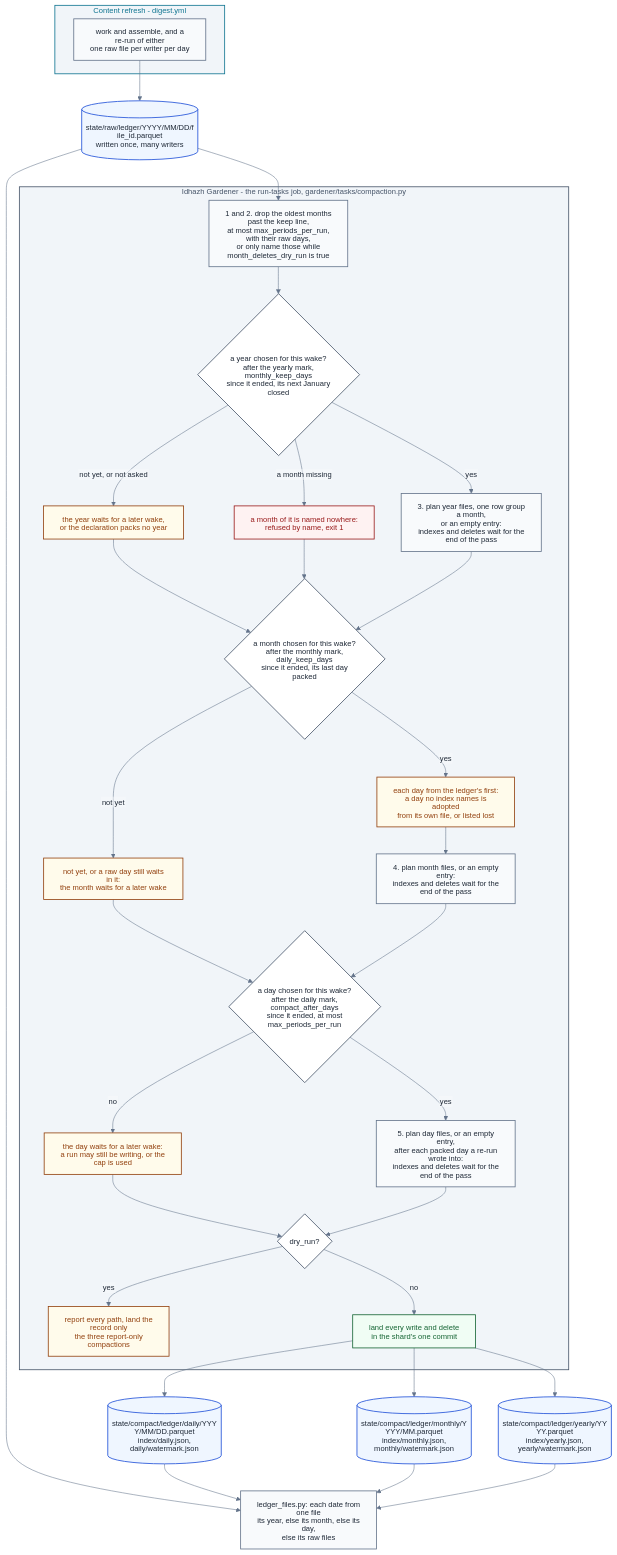
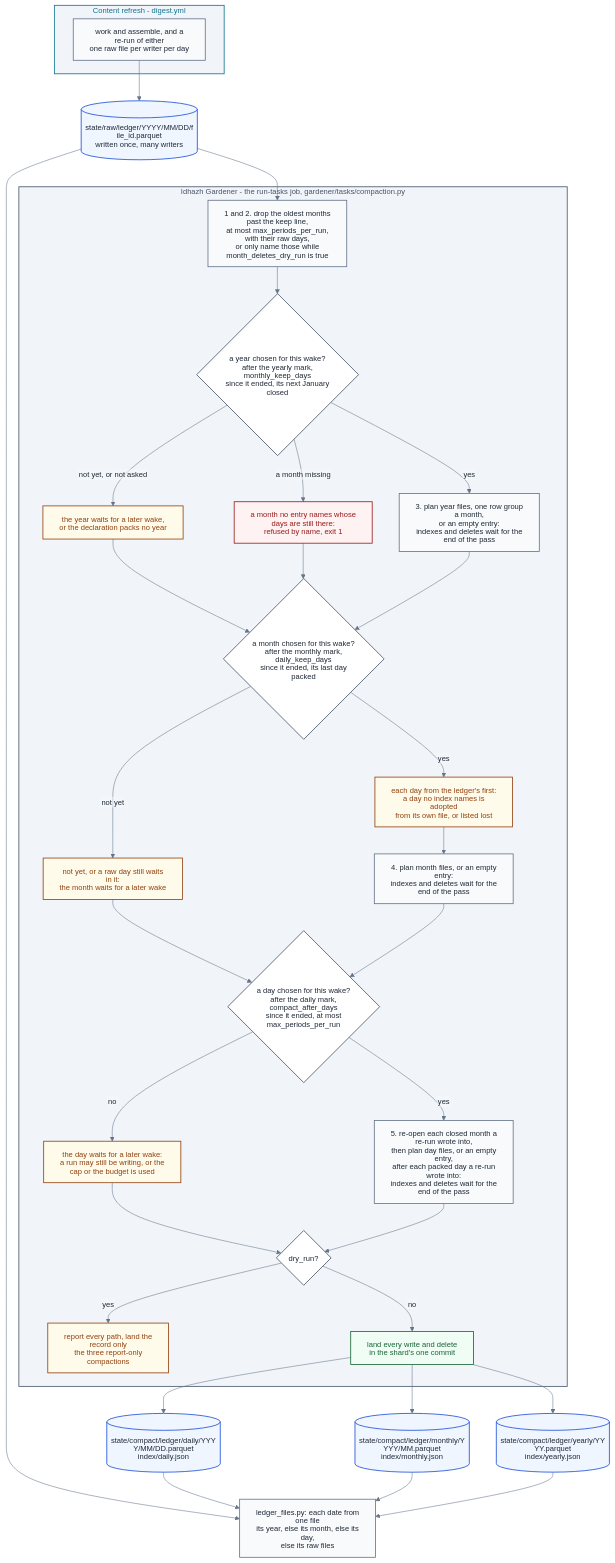
Before and after one commit to miztiik/yen-idhazh: the diagram in docs/architecture/publishing/ledger-compaction.md, drawn with Mermaid. The commit also changed other lines of this file and 1189 other files, not shown here.

````diff
--- a/docs/architecture/publishing/ledger-compaction.md
+++ b/docs/architecture/publishing/ledger-compaction.md
@@ -33,78 +35,78 @@
 ```mermaid
 %%{init: {"theme": "base", "htmlLabels": false, "themeVariables": {"background": "#ffffff", "primaryColor": "#f8fafc", "primaryTextColor": "#1f2937", "primaryBorderColor": "#64748b", "lineColor": "#64748b", "textColor": "#1f2937", "clusterBkg": "#f1f5f9", "clusterBorder": "#64748b", "titleColor": "#1f2937", "edgeLabelBackground": "#f8fafc", "fontSize": "14px"}}}%%
 flowchart TB
   subgraph REFRESH["Content refresh - digest.yml"]
     W["work and assemble, and a re-run of either<br/>one raw file per writer per day"]
   end
 
   RAWF[("state/raw/ledger/YYYY/MM/DD/file_id.parquet<br/>written once, many writers")]
 
   subgraph GARDEN["Idhazh Gardener - the run-tasks job, gardener/tasks/compaction.py"]
     DROP["1 and 2. drop the oldest months past the keep line,<br/>at most max_periods_per_run, with their raw days,<br/>or only name those while month_deletes_dry_run is true"]
     YDONE{"a year chosen for this wake?<br/>after the yearly mark, monthly_keep_days<br/>since it ended, its next January closed"}
     YWAIT["the year waits for a later wake,<br/>or the declaration packs no year"]
-    YHOLE["a month of it is named nowhere:<br/>refused by name, exit 1"]
+    YHOLE["a month no entry names whose days are still there:<br/>refused by name, exit 1"]
     PACK["3. plan year files, one row group a month,<br/>or an empty entry:<br/>indexes and deletes wait for the end of the pass"]
     MDONE{"a month chosen for this wake?<br/>after the monthly mark, daily_keep_days<br/>since it ended, its last day packed"}
     MWAIT["not yet, or a raw day still waits in it:<br/>the month waits for a later wake"]
     MREC["each day from the ledger's first:<br/>a day no index names is adopted<br/>from its own file, or listed lost"]
     ABSORB["4. plan month files, or an empty entry:<br/>indexes and deletes wait for the end of the pass"]
     DDUE{"a day chosen for this wake?<br/>after the daily mark, compact_after_days<br/>since it ended, at most max_periods_per_run"}
-    DHOLD["the day waits for a later wake:<br/>a run may still be writing, or the cap is used"]
-    TAKE["5. plan day files, or an empty entry,<br/>after each packed day a re-run wrote into:<br/>indexes and deletes wait for the end of the pass"]
+    DHOLD["the day waits for a later wake:<br/>a run may still be writing, or the cap or the budget is used"]
+    TAKE["5. re-open each closed month a re-run wrote into,<br/>then plan day files, or an empty entry,<br/>after each packed day a re-run wrote into:<br/>indexes and deletes wait for the end of the pass"]
     DRY{"dry_run?"}
     REPORT["report every path, land the record only<br/>the three report-only compactions"]
     LAND["land every write and delete<br/>in the shard's one commit"]
   end
 
-  DAILY[("state/compact/ledger/daily/YYYY/MM/DD.parquet<br/>index/daily.json, daily/watermark.json")]
-  MONTHLY[("state/compact/ledger/monthly/YYYY/MM.parquet<br/>index/monthly.json, monthly/watermark.json")]
-  YEARLY[("state/compact/ledger/yearly/YYYY.parquet<br/>index/yearly.json, yearly/watermark.json")]
+  DAILY[("state/compact/ledger/daily/YYYY/MM/DD.parquet<br/>index/daily.json")]
+  MONTHLY[("state/compact/ledger/monthly/YYYY/MM.parquet<br/>index/monthly.json")]
+  YEARLY[("state/compact/ledger/yearly/YYYY.parquet<br/>index/yearly.json")]
   READER["ledger_files.py: each date from one file<br/>its year, else its month, else its day,<br/>else its raw files"]
 
   W --> RAWF
   RAWF --> DROP
   DROP --> YDONE
   YDONE -->|"not yet, or not asked"| YWAIT
   YDONE -->|"a month missing"| YHOLE
   YDONE -->|"yes"| PACK
   YWAIT --> MDONE
   YHOLE --> MDONE
   PACK --> MDONE
   MDONE -->|"not yet"| MWAIT
   MDONE -->|"yes"| MREC
   MREC --> ABSORB
   MWAIT --> DDUE
   ABSORB --> DDUE
   DDUE -->|"no"| DHOLD
   DDUE -->|"yes"| TAKE
   DHOLD --> DRY
   TAKE --> DRY
   DRY -->|"yes"| REPORT
   DRY -->|"no"| LAND
   LAND --> DAILY
   LAND --> MONTHLY
   LAND --> YEARLY
   RAWF --> READER
   DAILY --> READER
   MONTHLY --> READER
   YEARLY --> READER
 
   classDef stage fill:#f8fafc,stroke:#64748b,stroke-width:1.5px,color:#1f2937;
   classDef decision fill:#ffffff,stroke:#475569,stroke-width:1.5px,color:#1f2937;
   classDef yes fill:#f0fdf4,stroke:#166534,stroke-width:1.5px,color:#166534;
   classDef no fill:#fef2f2,stroke:#991b1b,stroke-width:1.5px,color:#991b1b;
   classDef warn fill:#fffbeb,stroke:#92400e,stroke-width:1.5px,color:#92400e;
   classDef ledger fill:#eff6ff,stroke:#1d4ed8,stroke-width:1.5px,color:#1f2937;
   classDef sysOps fill:#f1f5f9,stroke:#475569,stroke-width:1.5px,color:#475569;
   classDef sysPublish fill:#f1f5f9,stroke:#0e7490,stroke-width:1.5px,color:#0e7490;
 
   class W,DROP,PACK,ABSORB,TAKE,READER stage;
   class YDONE,MDONE,DDUE,DRY decision;
   class LAND yes;
   class YHOLE no;
   class YWAIT,MWAIT,MREC,DHOLD,REPORT warn;
   class RAWF,DAILY,MONTHLY,YEARLY ledger;
   class REFRESH sysPublish;
   class GARDEN sysOps;
 ```
````
